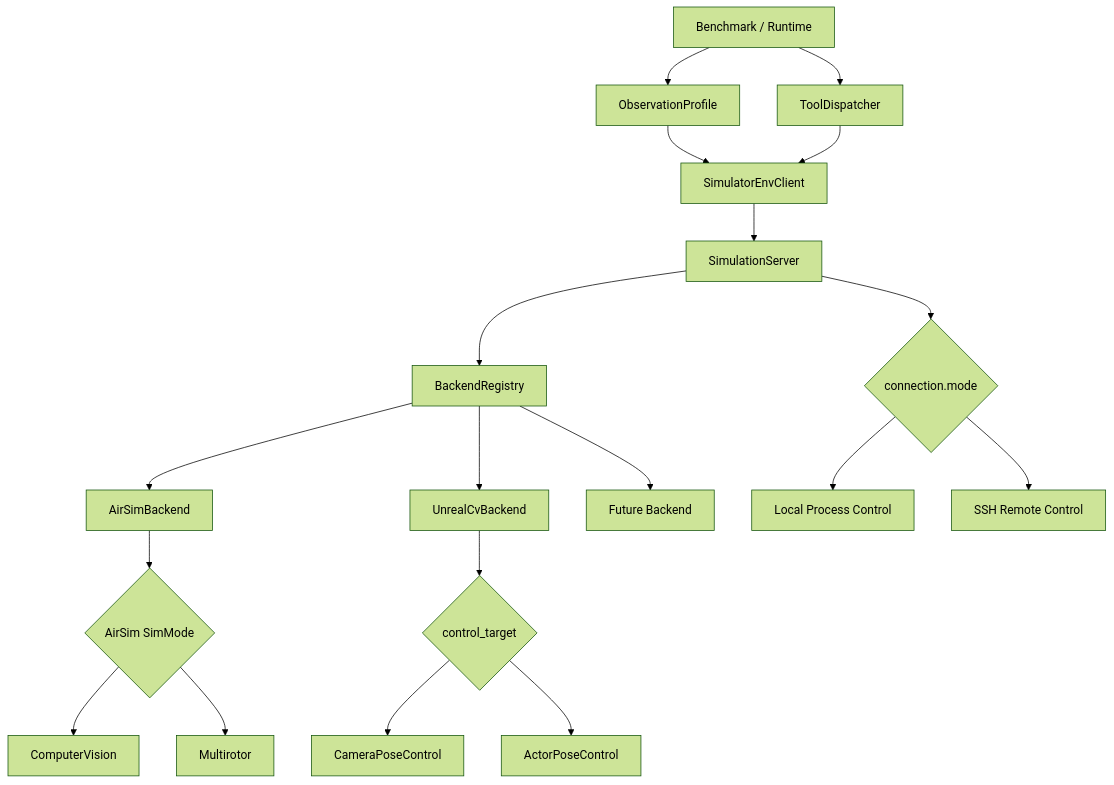
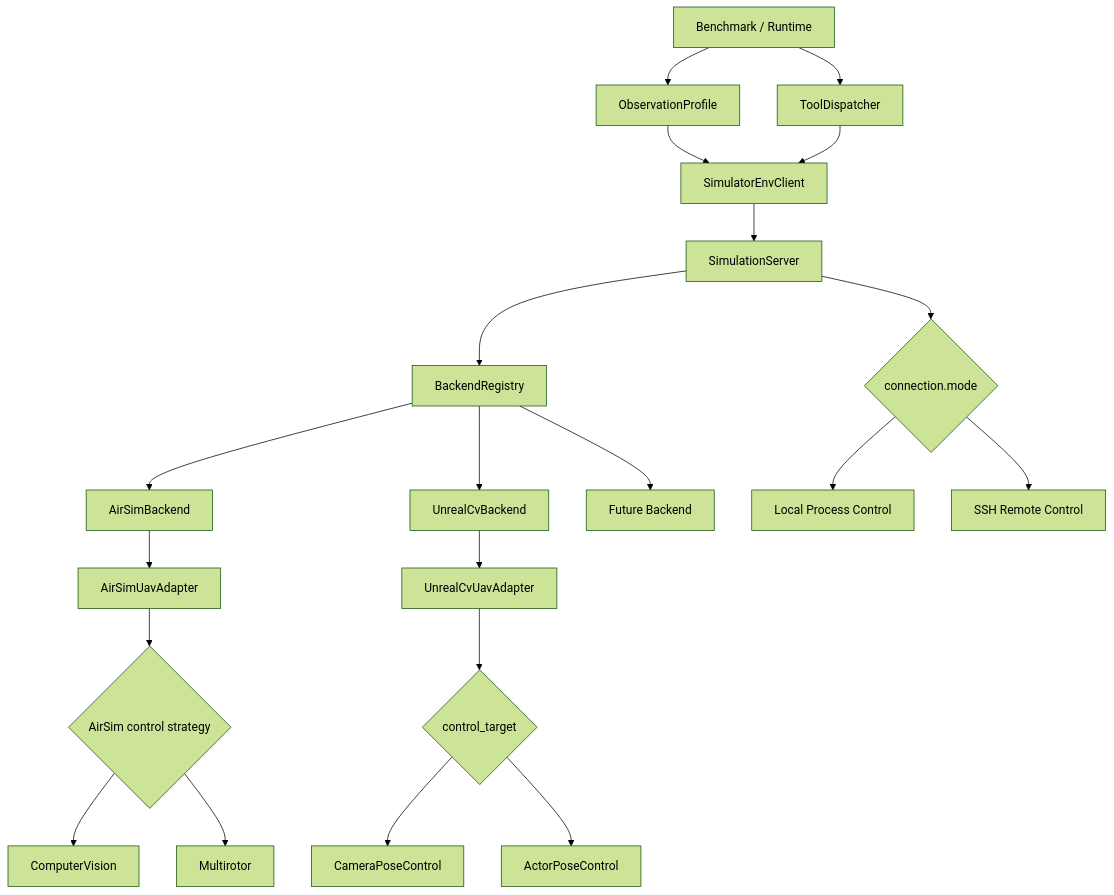
The diagram in docs/simulator_control/README.md (LZ6years/AeroPilot), drawn with Mermaid (forest theme) before and after one commit. The commit also changed 29 other files, not shown here.

First line of the commit message:
refactor(adapters): unify AirSim and UnrealCV backend boundaries

````diff
--- a/docs/simulator_control/README.md
+++ b/docs/simulator_control/README.md
@@ -19,25 +19,27 @@
 ```mermaid
 flowchart TD
     B["Benchmark / Runtime"] --> OP["ObservationProfile"]
     B --> TD["ToolDispatcher"]
     OP --> EC
     TD --> EC["SimulatorEnvClient"]
     EC --> SS["SimulationServer"]
 
     SS --> BR["BackendRegistry"]
     BR --> AB["AirSimBackend"]
     BR --> UB["UnrealCvBackend"]
     BR --> FB["Future Backend"]
 
-    UB --> UC{"control_target"}
+    UB --> UA["UnrealCvUavAdapter"]
+    UA --> UC{"control_target"}
     UC --> UCC["CameraPoseControl"]
     UC --> UCA["ActorPoseControl"]
 
     SS --> DM{"connection.mode"}
     DM --> LP["Local Process Control"]
     DM --> RP["SSH Remote Control"]
 
-    AB --> AM{"AirSim SimMode"}
+    AB --> AA["AirSimUavAdapter"]
+    AA --> AM{"AirSim control strategy"}
     AM --> CV["ComputerVision"]
     AM --> MR["Multirotor"]
 ```
````
